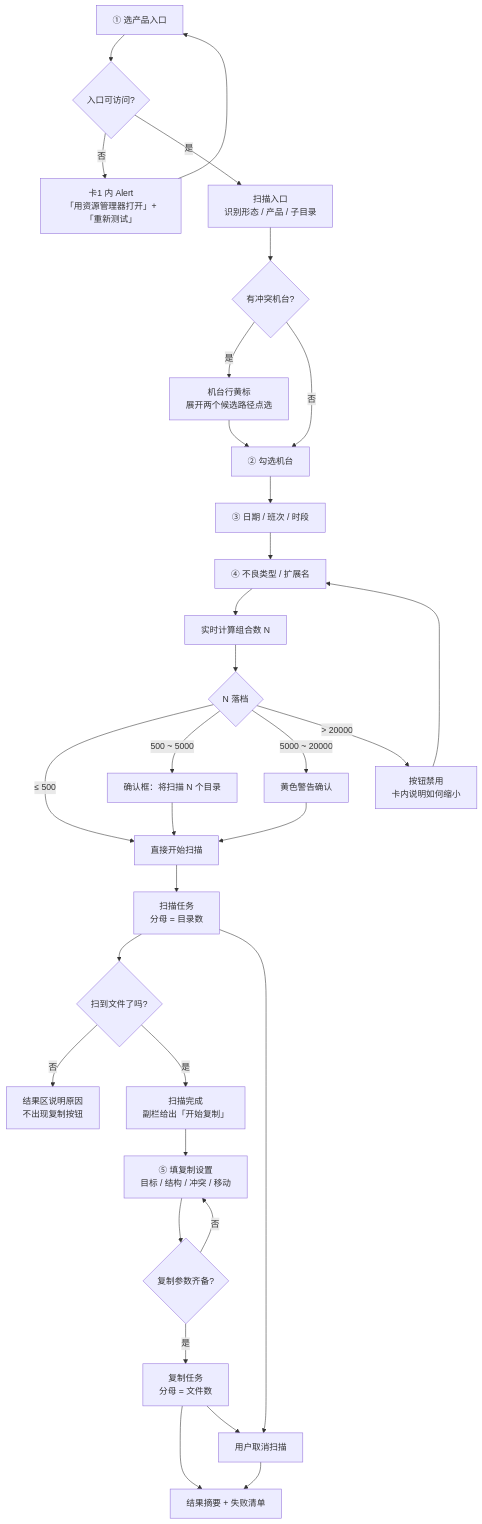
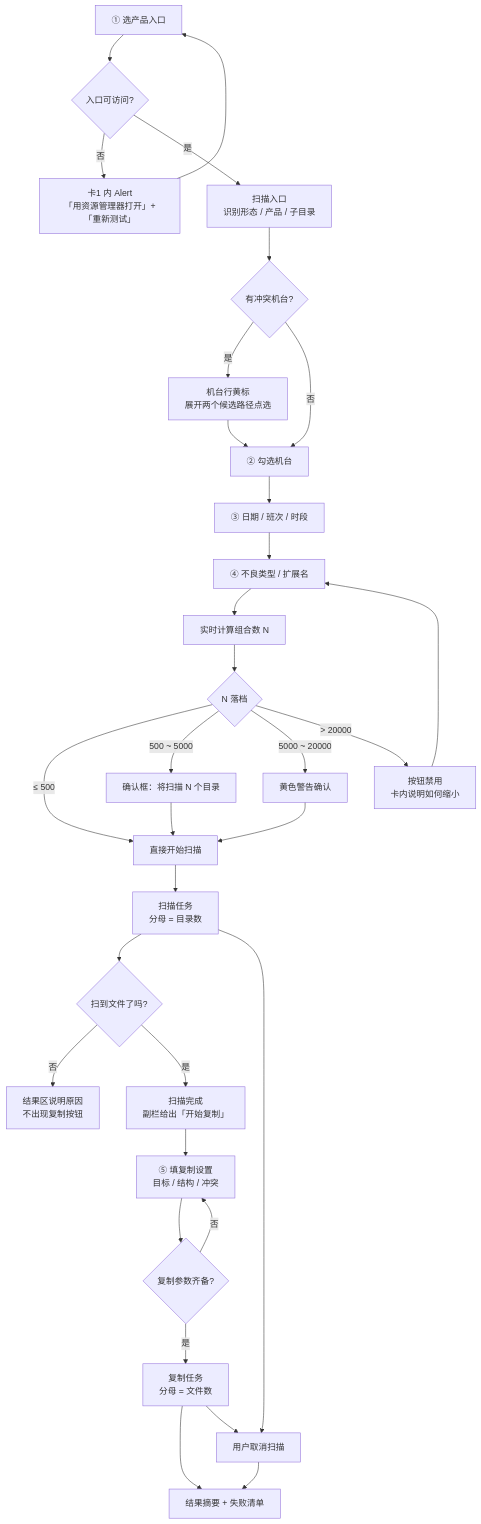
One commit to lynusx/shx-tools-app changed the third of 5 diagrams in shx-tools-UI设计规范.md. Above: the diagram before and after it, drawn with Mermaid. The commit also changed other lines of this file and 4 other files, not shown here.

````diff
--- a/shx-tools-UI设计规范.md
+++ b/shx-tools-UI设计规范.md
@@ -186,33 +190,33 @@
 ```mermaid
 flowchart TD
   A["① 选产品入口"] --> B{"入口可访问?"}
   B -- 否 --> B1["卡1 内 Alert<br/>「用资源管理器打开」+「重新测试」"]
   B1 --> A
   B -- 是 --> C["扫描入口<br/>识别形态 / 产品 / 子目录"]
   C --> D{"有冲突机台?"}
   D -- 是 --> D1["机台行黄标<br/>展开两个候选路径点选"]
   D1 --> E
   D -- 否 --> E["② 勾选机台"]
   E --> F["③ 日期 / 班次 / 时段"]
   F --> G["④ 不良类型 / 扩展名"]
   G --> H["实时计算组合数 N"]
   H --> I{"N 落档"}
   I -- "≤ 500" --> J["直接开始扫描"]
   I -- "500 ~ 5000" --> J1["确认框：将扫描 N 个目录"]
   I -- "5000 ~ 20000" --> J2["黄色警告确认"]
   I -- "> 20000" --> J3["按钮禁用<br/>卡内说明如何缩小"]
   J3 --> G
   J1 --> J
   J2 --> J
   J --> K["扫描任务<br/>分母 = 目录数"]
   K --> K1{"扫到文件了吗?"}
   K1 -- 否 --> K2["结果区说明原因<br/>不出现复制按钮"]
   K1 -- 是 --> L["扫描完成<br/>副栏给出「开始复制」"]
-  L --> M["⑤ 填复制设置<br/>目标 / 结构 / 冲突 / 移动"]
+  L --> M["⑤ 填复制设置<br/>目标 / 结构 / 冲突"]
   M --> M1{"复制参数齐备?"}
   M1 -- 否 --> M
   M1 -- 是 --> N["复制任务<br/>分母 = 文件数"]
   N --> O["结果摘要 + 失败清单"]
   K --> P["用户取消扫描"] --> O
   N --> P
 ```
````
